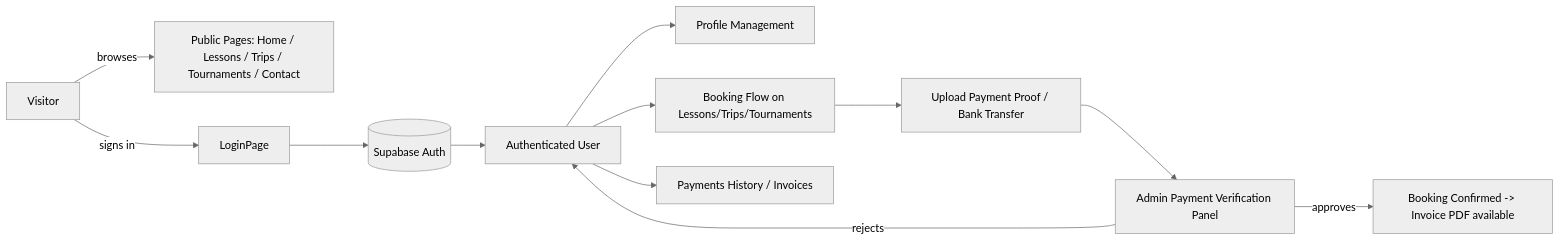
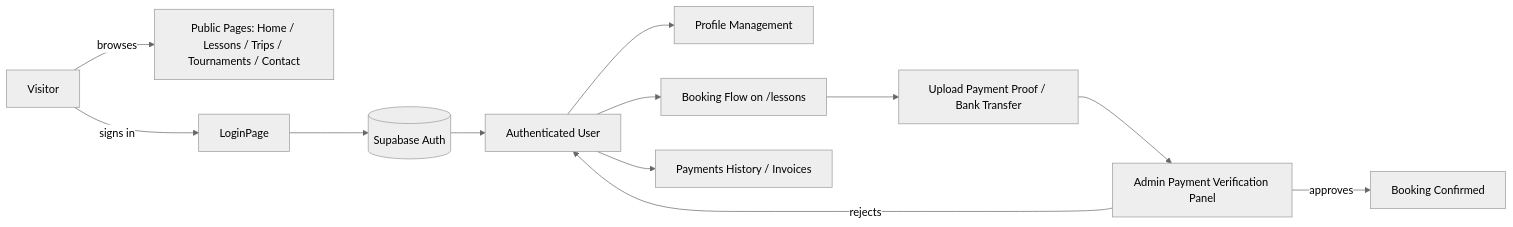
Before and after one commit to AGCPadelAcademy/web_application: the diagram in specs/project-context/overview.md, drawn with Mermaid (neutral theme). The commit also changed other lines of this file and 20 other files, not shown here.

````diff
--- a/specs/project-context/overview.md
+++ b/specs/project-context/overview.md
@@ -73,14 +74,14 @@
 ```mermaid
 flowchart LR
     V[Visitor] -->|browses| Pub[Public Pages: Home / Lessons / Trips / Tournaments / Contact]
     V -->|signs in| Login[LoginPage]
     Login --> Auth[(Supabase Auth)]
     Auth --> U[Authenticated User]
     U --> Profile[Profile Management]
-    U --> Book[Booking Flow on Lessons/Trips/Tournaments]
+    U --> Book[Booking Flow on /lessons]
     Book --> ManualPay[Upload Payment Proof / Bank Transfer]
     ManualPay --> AdminReview[Admin Payment Verification Panel]
-    AdminReview -->|approves| BookingConfirmed[Booking Confirmed -> Invoice PDF available]
+    AdminReview -->|approves| BookingConfirmed[Booking Confirmed]
     AdminReview -->|rejects| U
     U --> Payments[Payments History / Invoices]
 ```
````
